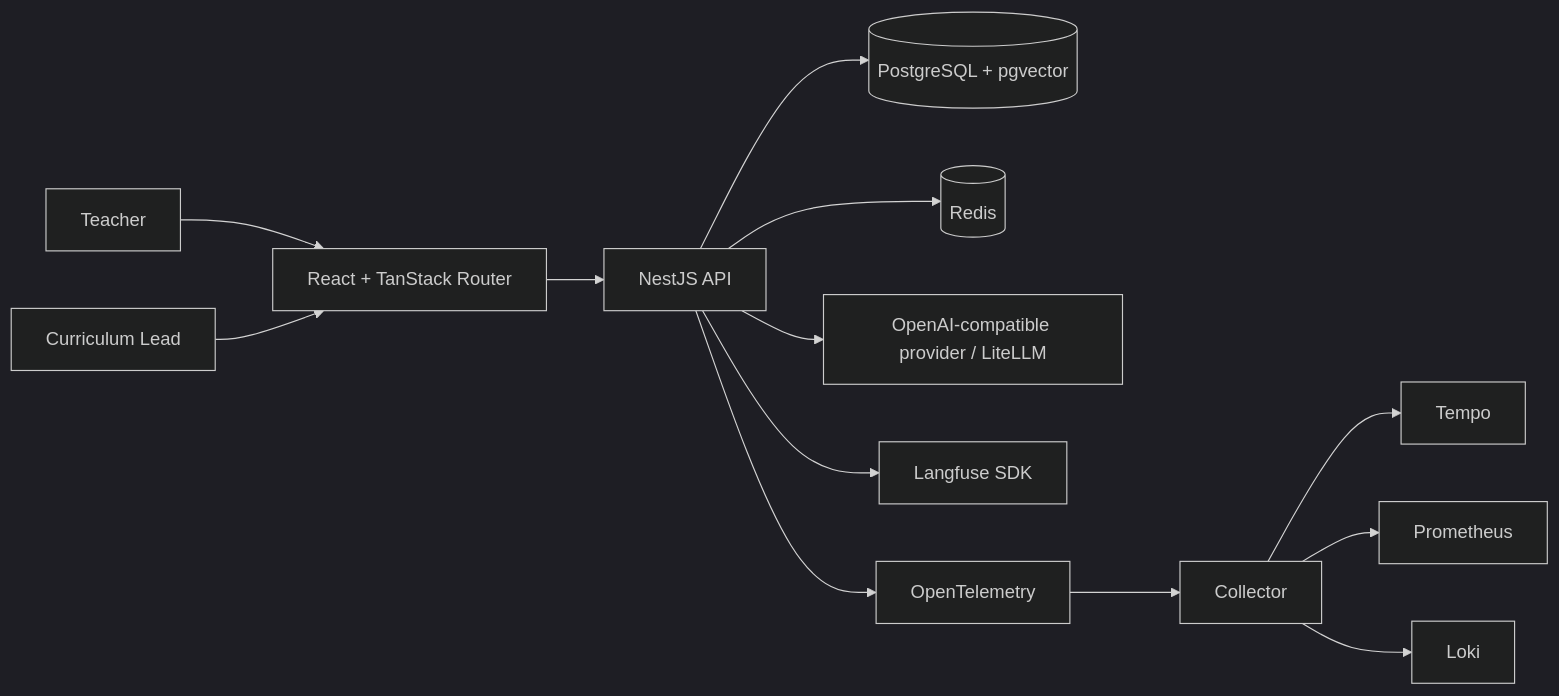
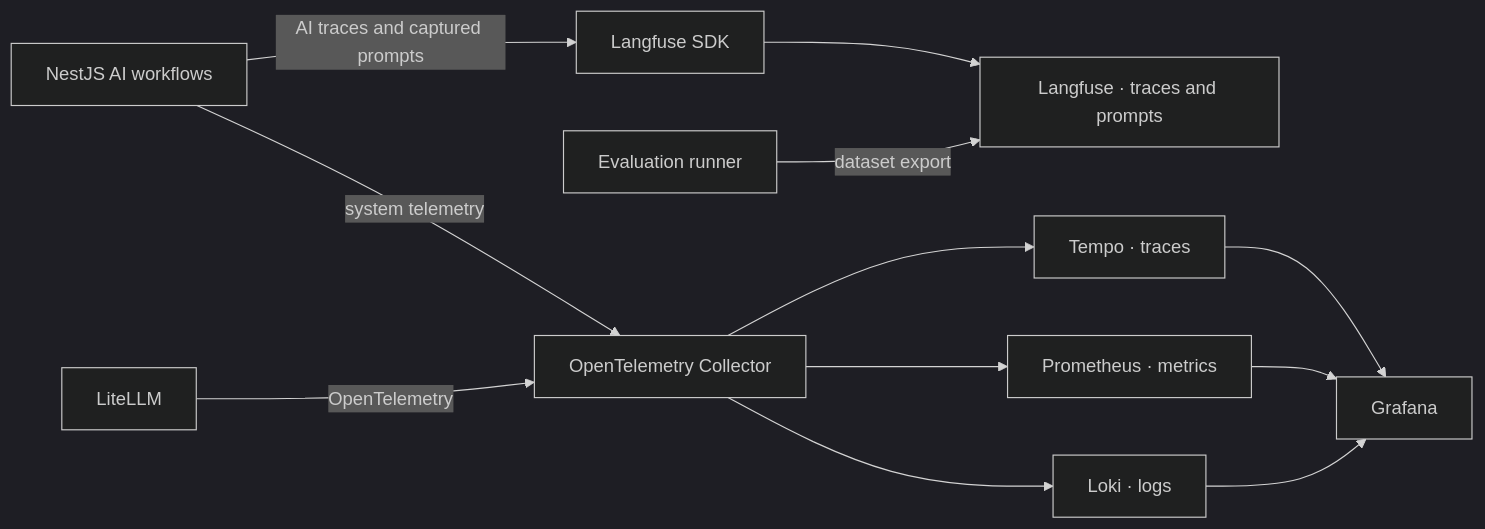
Before and after one commit to steekam/nova-takehome: the fourth of 4 diagrams in docs/architecture.md, drawn with Mermaid (dark theme). The commit also changed other lines of this file and 46 other files, not shown here.

Commit message:
Complete curriculum hub workflows and review UX

````diff
--- a/docs/architecture.md
+++ b/docs/architecture.md
@@ -8,15 +44,14 @@
 ```mermaid
 flowchart LR
-  Teacher[Teacher] --> Web[React + TanStack Router]
-  Lead[Curriculum Lead] --> Web
-  Web --> API[NestJS API]
-  API --> DB[(PostgreSQL + pgvector)]
-  API --> Cache[(Redis)]
-  API --> Proxy[OpenAI-compatible provider / LiteLLM]
-  API --> LF[Langfuse SDK]
-  API --> OTEL[OpenTelemetry]
-  OTEL --> Collector[Collector]
-  Collector --> Tempo[Tempo]
-  Collector --> Prom[Prometheus]
-  Collector --> Loki[Loki]
+  API[NestJS AI workflows] -->|AI traces and captured prompts| SDK[Langfuse SDK]
+  SDK --> LF[Langfuse · traces and prompts]
+  Evals[Evaluation runner] -->|dataset export| LF
+  API -->|system telemetry| Collector[OpenTelemetry Collector]
+  LiteLLM[LiteLLM] -->|OpenTelemetry| Collector
+  Collector --> Tempo[Tempo · traces]
+  Collector --> Prom[Prometheus · metrics]
+  Collector --> Loki[Loki · logs]
+  Tempo --> Grafana[Grafana]
+  Prom --> Grafana
+  Loki --> Grafana
 ```
````
